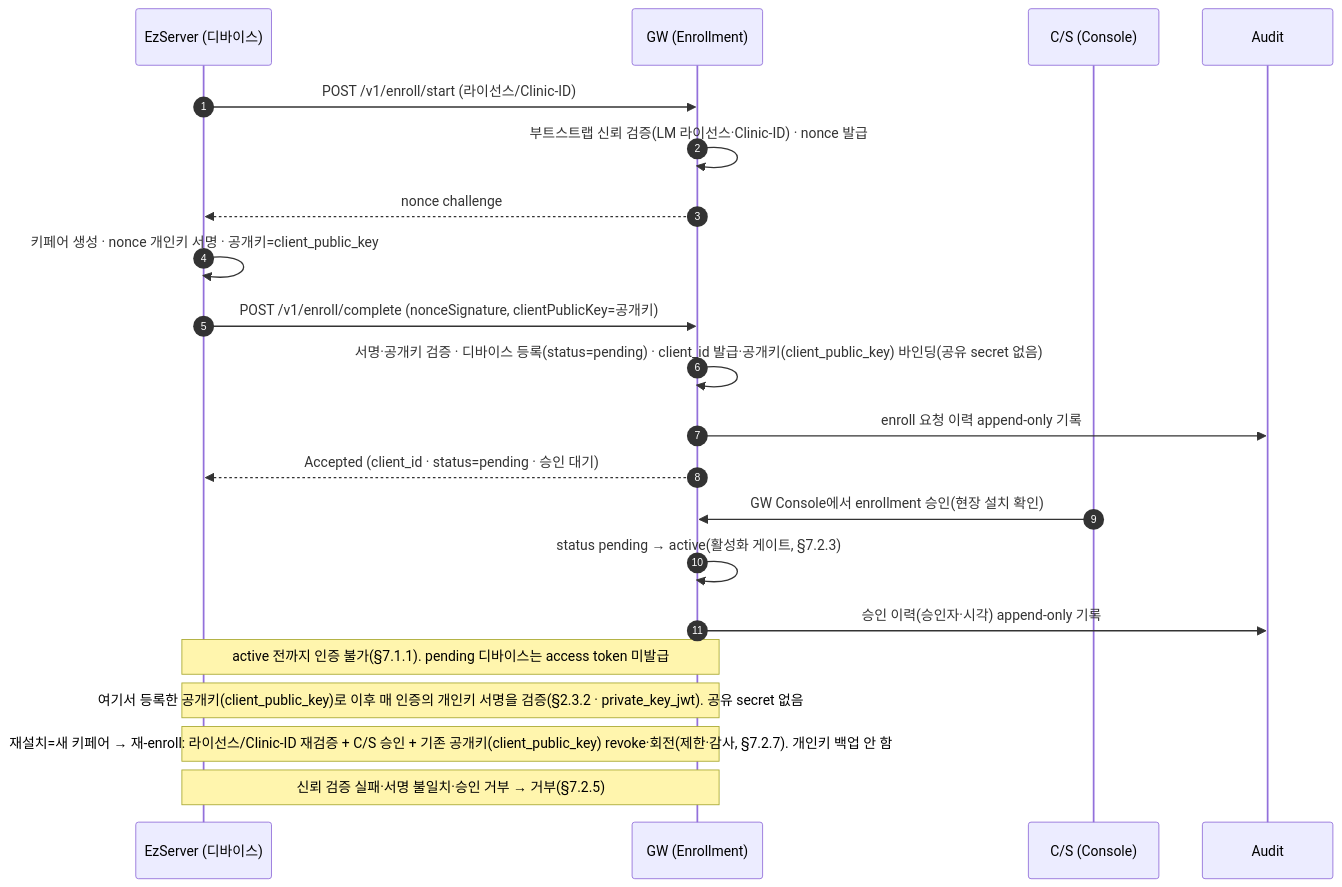
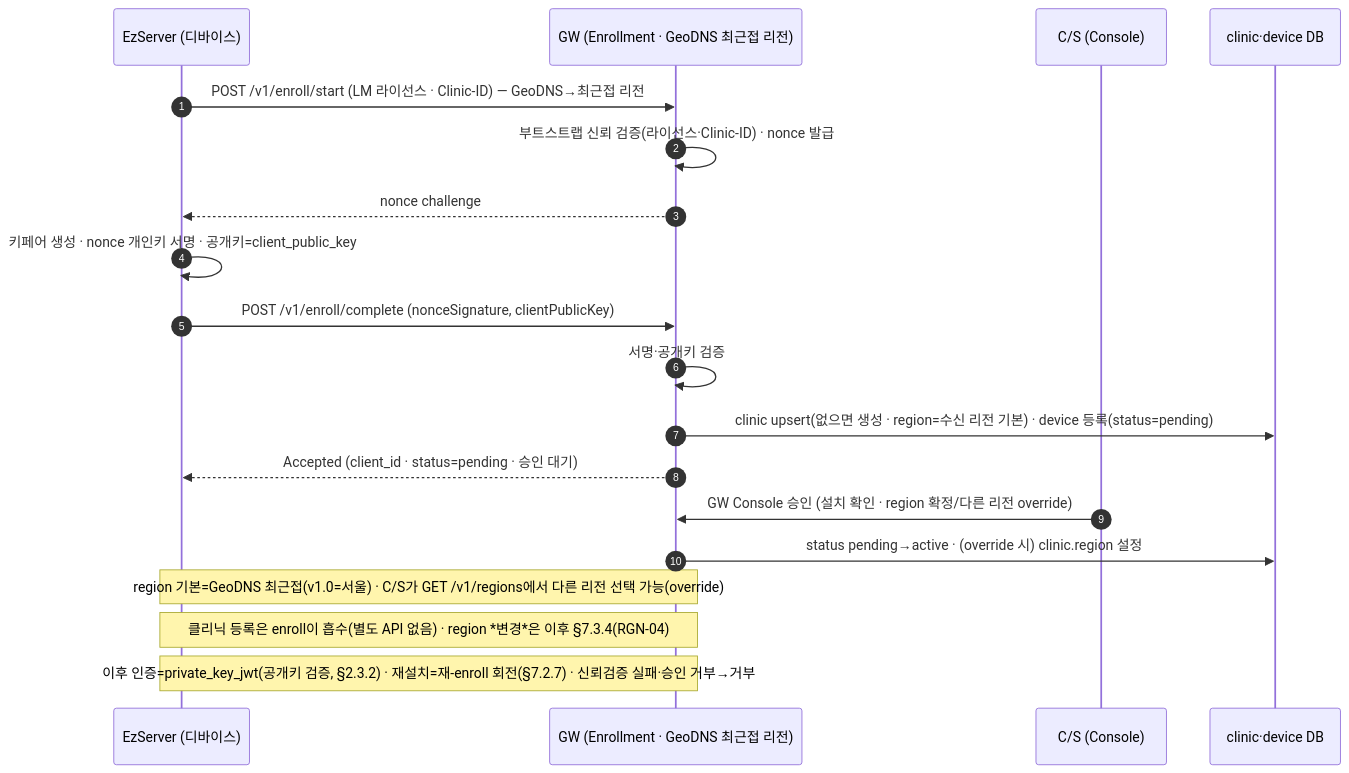
The seventh of 16 diagrams in docs/VT_API_Gateway/08.VT_API_Gateway/specs/03-srs-gateway/SRS.md (gracegyu/scp-architecture), drawn with Mermaid before and after one commit. The commit also changed other lines of this file and 5 other files, not shown here.

Commit message:
문서 업데이트: VT API Gateway의 SRS 문서에서 클리닉 등록 및 디바이스 enrollment 프로세스를 통합하여 초기 region을 GeoDNS 기반으로 확립하고, C/S 승인 절차를 명확히 하였습니다. 또한, 관련 DBML 및 OpenAPI 문서에서 클리닉 관리 및 리전 등록/변경에 대한 설명을 보강하여 시스템의 일관성을 강화하였습니다.

````diff
--- a/docs/VT_API_Gateway/08.VT_API_Gateway/specs/03-srs-gateway/SRS.md
+++ b/docs/VT_API_Gateway/08.VT_API_Gateway/specs/03-srs-gateway/SRS.md
@@ -493,23 +472,21 @@
 ```mermaid
 sequenceDiagram
     autonumber
     participant D as EzServer (디바이스)
-    participant GW as GW (Enrollment)
+    participant GW as GW (Enrollment · GeoDNS 최근접 리전)
     participant CS as C/S (Console)
-    participant AUD as Audit
-    D->>GW: POST /v1/enroll/start (라이선스/Clinic-ID)
-    GW->>GW: 부트스트랩 신뢰 검증(LM 라이선스·Clinic-ID) · nonce 발급
+    participant DB as clinic·device DB
+    D->>GW: POST /v1/enroll/start (LM 라이선스 · Clinic-ID) — GeoDNS→최근접 리전
+    GW->>GW: 부트스트랩 신뢰 검증(라이선스·Clinic-ID) · nonce 발급
     GW-->>D: nonce challenge
     D->>D: 키페어 생성 · nonce 개인키 서명 · 공개키=client_public_key
-    D->>GW: POST /v1/enroll/complete (nonceSignature, clientPublicKey=공개키)
-    GW->>GW: 서명·공개키 검증 · 디바이스 등록(status=pending) · client_id 발급·공개키(client_public_key) 바인딩(공유 secret 없음)
-    GW->>AUD: enroll 요청 이력 append-only 기록
+    D->>GW: POST /v1/enroll/complete (nonceSignature, clientPublicKey)
+    GW->>GW: 서명·공개키 검증
+    GW->>DB: clinic upsert(없으면 생성 · region=수신 리전 기본) · device 등록(status=pending)
     GW-->>D: Accepted (client_id · status=pending · 승인 대기)
-    CS->>GW: GW Console에서 enrollment 승인(현장 설치 확인)
-    GW->>GW: status pending → active(활성화 게이트, §7.2.3)
-    GW->>AUD: 승인 이력(승인자·시각) append-only 기록
-    Note over D,GW: active 전까지 인증 불가(§7.1.1). pending 디바이스는 access token 미발급
-    Note over D,GW: 여기서 등록한 공개키(client_public_key)로 이후 매 인증의 개인키 서명을 검증(§2.3.2 · private_key_jwt). 공유 secret 없음
-    Note over D,GW: 재설치=새 키페어 → 재-enroll: 라이선스/Clinic-ID 재검증 + C/S 승인 + 기존 공개키(client_public_key) revoke·회전(제한·감사, §7.2.7). 개인키 백업 안 함
-    Note over D,GW: 신뢰 검증 실패·서명 불일치·승인 거부 → 거부(§7.2.5)
+    CS->>GW: GW Console 승인 (설치 확인 · region 확정/다른 리전 override)
+    GW->>DB: status pending→active · (override 시) clinic.region 설정
+    Note over D,GW: region 기본=GeoDNS 최근접(v1.0=서울) · C/S가 GET /v1/regions에서 다른 리전 선택 가능(override)
+    Note over D,GW: 클리닉 등록은 enroll이 흡수(별도 API 없음) · region *변경*은 이후 §7.3.4(RGN-04)
+    Note over D,GW: 이후 인증=private_key_jwt(공개키 검증, §2.3.2) · 재설치=재-enroll 회전(§7.2.7) · 신뢰검증 실패·승인 거부→거부
 ```
````
